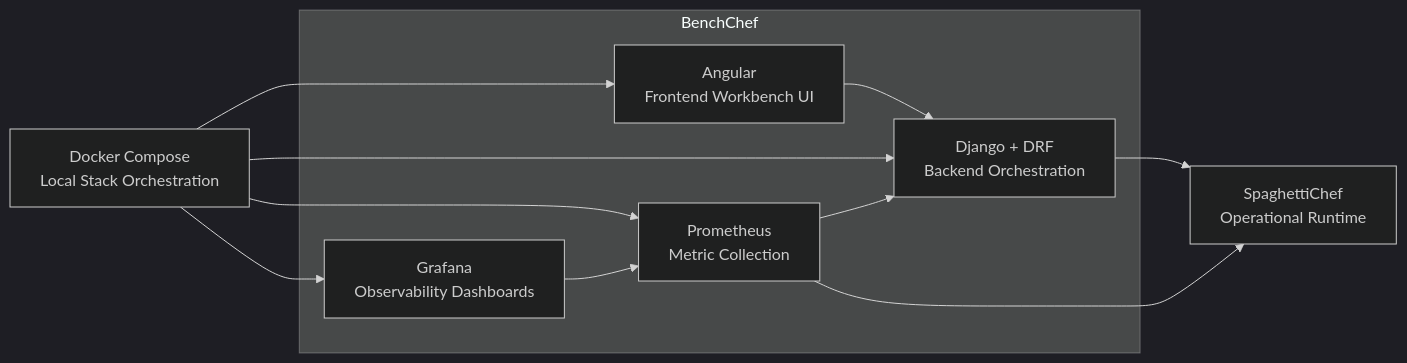
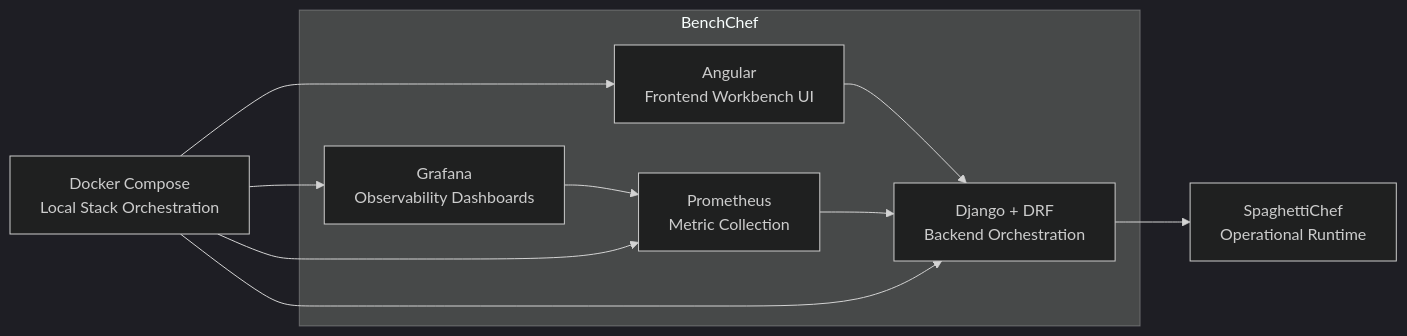
One commit to nathabee/bench-chef changed the diagram in README.md. Above: the diagram before and after it, drawn with Mermaid (dark theme). The commit also changed other lines of this file and 10 other files, not shown here.

````diff
--- a/README.md
+++ b/README.md
@@ -61,27 +55,24 @@
 ```mermaid
 flowchart LR
 
     SC[SpaghettiChef<br/>Operational Runtime]
 
     subgraph BC[BenchChef]
         ANG[Angular<br/>Frontend Workbench UI]
         DJ[Django + DRF<br/>Backend Orchestration]
         PROM[Prometheus<br/>Metric Collection]
         GRAF[Grafana<br/>Observability Dashboards]
     end
 
     DOCKER[Docker Compose<br/>Local Stack Orchestration]
 
     ANG --> DJ
     DJ --> SC
-
     PROM --> DJ
-    PROM --> SC
-
     GRAF --> PROM
 
     DOCKER --> ANG
     DOCKER --> DJ
     DOCKER --> PROM
     DOCKER --> GRAF
-``` 
+```
````
